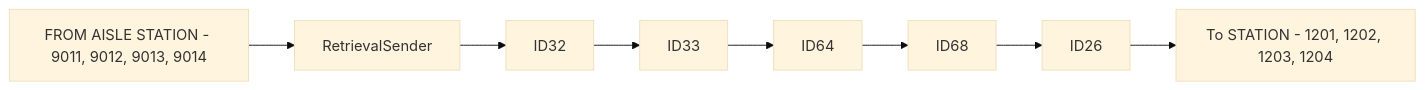
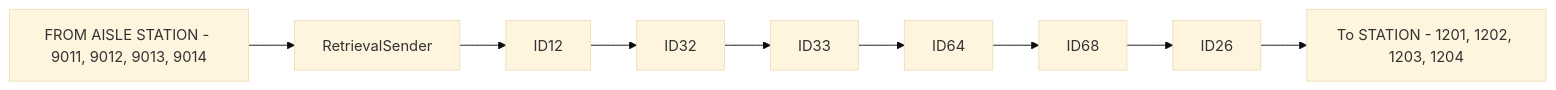
One commit to luthfiadityaa/SimeDarby-Wiki changed the first of 9 diagrams in Basic-Design/DFD-WMS/Retrieval/Unplanned-Retrieval-from-OP-Area-(PKG).md. Above: the diagram before and after it, drawn with Mermaid (base theme).

Commit message:
Updated Unplanned Retrieval from OP Area (PKG)

```diff
--- a/Basic-Design/DFD-WMS/Retrieval/Unplanned-Retrieval-from-OP-Area-(PKG).md
+++ b/Basic-Design/DFD-WMS/Retrieval/Unplanned-Retrieval-from-OP-Area-(PKG).md
@@ -8,5 +8,5 @@
 ::: mermaid
 flowchart LR
   
-P1[FROM AISLE STATION - 9011, 9012, 9013, 9014]-->P2[RetrievalSender]-->P3[ID32]-->P4[ID33]-->P5[ID64]-->P6[ID68]-->P7[ID26]-->P8[To STATION - 1201, 1202, 1203, 1204] 
+P1[FROM AISLE STATION - 9011, 9012, 9013, 9014]-->P2[RetrievalSender]-->P3[ID12]-->P4[ID32]-->P5[ID33]-->P6[ID64]-->P7[ID68]-->P8[ID26]-->P9[To STATION - 1201, 1202, 1203, 1204] 
 :::
```
